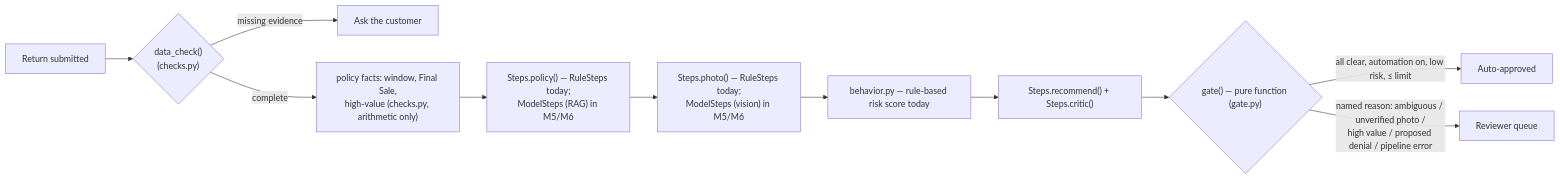
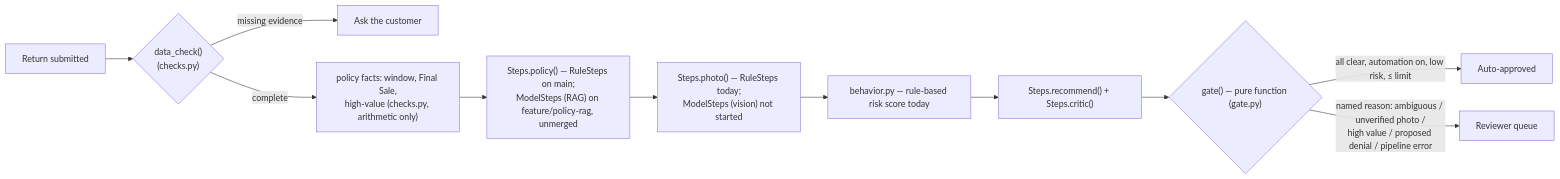
Before and after one commit to truptireddy23/AI_Returns_Processing_Assistant: the second of 2 diagrams in docs/architecture.md, drawn with Mermaid. The commit also changed other lines of this file and 1 other file, not shown here.

First line of the commit message:
Update docs to reflect M4 merging and the Policy RAG branch

````diff
--- a/docs/architecture.md
+++ b/docs/architecture.md
@@ -126,13 +135,13 @@
 ```mermaid
 flowchart LR
     A[Return submitted] --> B{"data_check()<br/>(checks.py)"}
     B -- missing evidence --> N[Ask the customer]
     B -- complete --> C["policy facts: window, Final Sale,<br/>high-value (checks.py, arithmetic only)"]
-    C --> D["Steps.policy() — RuleSteps today;<br/>ModelSteps (RAG) in M5/M6"]
-    D --> E["Steps.photo() — RuleSteps today;<br/>ModelSteps (vision) in M5/M6"]
+    C --> D["Steps.policy() — RuleSteps on main;<br/>ModelSteps (RAG) on feature/policy-rag, unmerged"]
+    D --> E["Steps.photo() — RuleSteps today;<br/>ModelSteps (vision) not started"]
     E --> F["behavior.py — rule-based risk score today"]
     F --> G["Steps.recommend() + Steps.critic()"]
     G --> H{"gate() — pure function (gate.py)"}
     H -- "all clear, automation on, low risk, ≤ limit" --> I[Auto-approved]
     H -- "named reason: ambiguous / unverified photo /<br/>high value / proposed denial / pipeline error" --> J[Reviewer queue]
 ```
````
